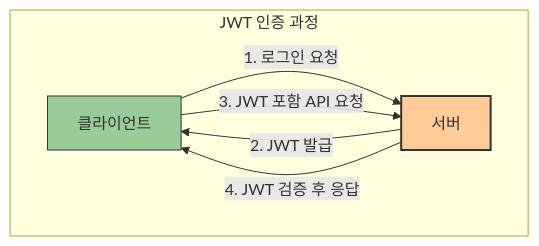
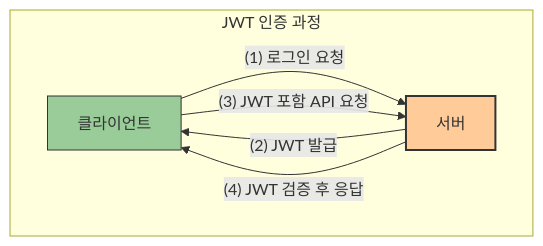
Before and after one commit to hanaoverride/data-scientist-cookbook-for-korean: the fourth of 5 diagrams in 1. 기초 CS 이론/5. 네트워크 개론/4. 보안.md, drawn with Mermaid. The commit also changed other lines of this file and 3 other files, not shown here.

````diff
--- a/1. 기초 CS 이론/5. 네트워크 개론/4. 보안.md
+++ b/1. 기초 CS 이론/5. 네트워크 개론/4. 보안.md
@@ -190,15 +190,15 @@
 ```mermaid
 graph TD
     subgraph "JWT 인증 과정"
         Client["클라이언트"]
         Server["서버"]
     end
     
-    Client -->|"1. 로그인 요청"| Server
-    Server -->|"2. JWT 발급"| Client
-    Client -->|"3. JWT 포함 API 요청"| Server
-    Server -->|"4. JWT 검증 후 응답"| Client
+    Client -->|"(1) 로그인 요청"| Server
+    Server -->|"(2) JWT 발급"| Client
+    Client -->|"(3) JWT 포함 API 요청"| Server
+    Server -->|"(4) JWT 검증 후 응답"| Client
     
     style Client fill:#99CC99,stroke:#333,stroke-width:1px
     style Server fill:#FFCC99,stroke:#333,stroke-width:2px
 ```
````
